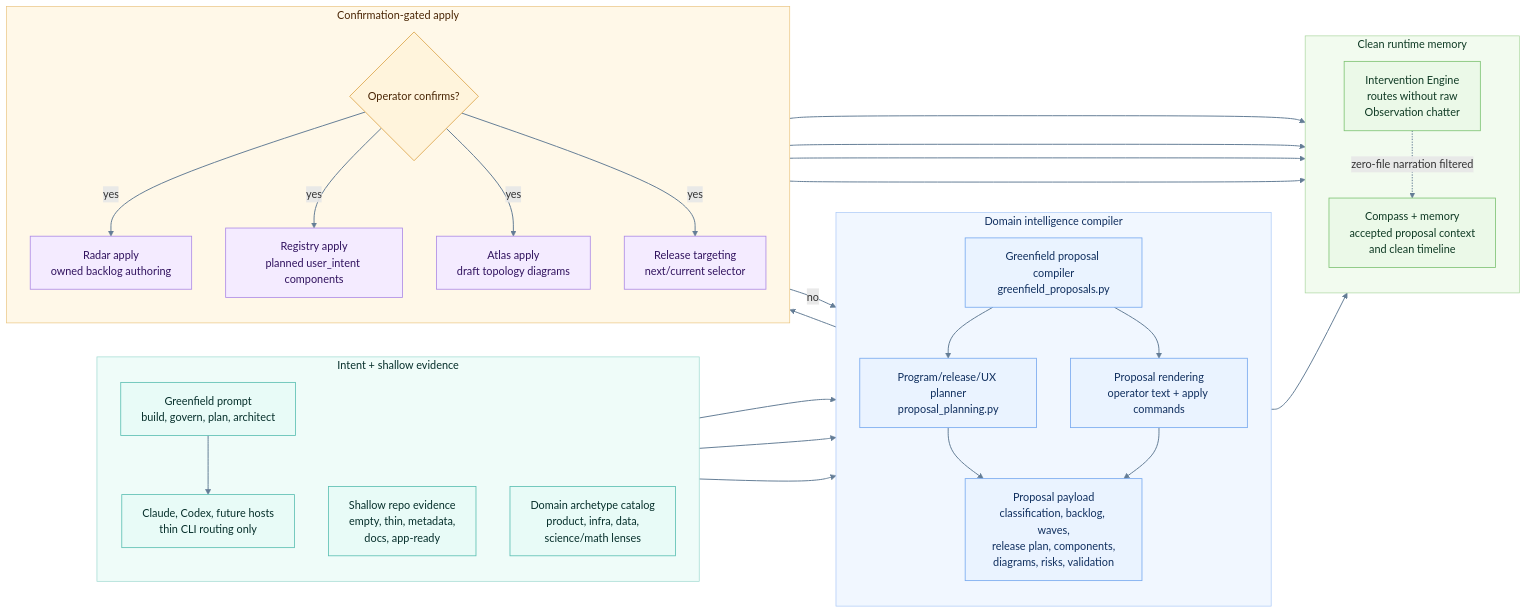
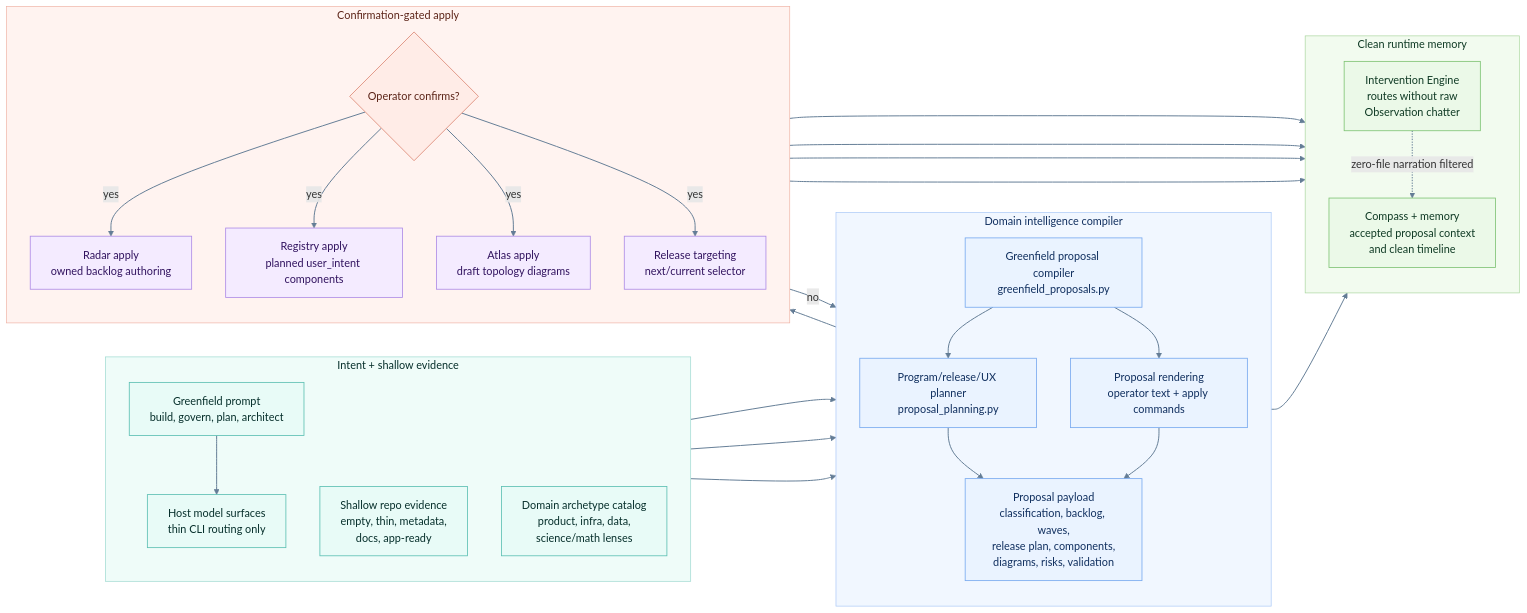
Before and after one commit to odylith/odylith: the diagram in odylith/atlas/source/domain-intelligence-greenfield-governance.mmd, drawn with Mermaid. The commit also changed 120 other files, not shown here.

```diff
--- a/odylith/atlas/source/domain-intelligence-greenfield-governance.mmd
+++ b/odylith/atlas/source/domain-intelligence-greenfield-governance.mmd
@@ -1,67 +1,67 @@
 flowchart LR
     subgraph intent_lane["Intent + shallow evidence"]
       direction TB
       prompt["Greenfield prompt<br/>build, govern, plan, architect"]
-      host["Claude, Codex, future hosts<br/>thin CLI routing only"]
+      host["Host model surfaces<br/>thin CLI routing only"]
       source["Shallow repo evidence<br/>empty, thin, metadata,<br/>docs, app-ready"]
       catalog["Domain archetype catalog<br/>product, infra, data,<br/>science/math lenses"]
     end
 
     subgraph reasoning_lane["Domain intelligence compiler"]
       direction TB
       compiler["Greenfield proposal compiler<br/>greenfield_proposals.py"]
       planning["Program/release/UX planner<br/>proposal_planning.py"]
       rendering["Proposal rendering<br/>operator text + apply commands"]
       proposal["Proposal payload<br/>classification, backlog, waves,<br/>release plan, components,<br/>diagrams, risks, validation"]
     end
 
     subgraph confirmation_lane["Confirmation-gated apply"]
       direction TB
       confirm{"Operator confirms?"}
       radar["Radar apply<br/>owned backlog authoring"]
       registry["Registry apply<br/>planned user_intent components"]
       atlas["Atlas apply<br/>draft topology diagrams"]
       release["Release targeting<br/>next/current selector"]
     end
 
     subgraph memory_lane["Clean runtime memory"]
       direction TB
       intervention["Intervention Engine<br/>routes without raw<br/>Observation chatter"]
       compass["Compass + memory<br/>accepted proposal context<br/>and clean timeline"]
     end
 
     prompt --> host
     host --> compiler
     source --> compiler
     catalog --> compiler
     compiler --> planning --> proposal
     compiler --> rendering --> proposal
     proposal --> intervention
     proposal --> confirm
     confirm -- "no" --> proposal
     confirm -- "yes" --> radar
     confirm -- "yes" --> registry
     confirm -- "yes" --> atlas
     confirm -- "yes" --> release
     radar --> compass
     registry --> compass
     atlas --> compass
     release --> compass
     intervention -. "zero-file narration filtered" .-> compass
 
     classDef input fill:#e8fbf7,stroke:#5bbfb2,color:#062f2b,stroke-width:1.2px;
     classDef intelligence fill:#eaf3ff,stroke:#77a9ef,color:#102f5f,stroke-width:1.2px;
-    classDef decision fill:#fff4dc,stroke:#dfaa54,color:#4a2605,stroke-width:1.3px;
+    classDef decision fill:#ffece7,stroke:#df8f7d,color:#5c2418,stroke-width:1.3px;
     classDef apply fill:#f4ebff,stroke:#ad8ae6,color:#31135f,stroke-width:1.2px;
     classDef memory fill:#ebf9e8,stroke:#7ec373,color:#0f3a24,stroke-width:1.2px;
     class prompt,host,source,catalog input;
     class compiler,planning,rendering,proposal intelligence;
     class confirm decision;
     class radar,registry,atlas,release apply;
     class intervention,compass memory;
 
     style intent_lane fill:#effcf9,stroke:#9bd8cf,stroke-width:1px,color:#062f2b
     style reasoning_lane fill:#f1f7ff,stroke:#a8c7f7,stroke-width:1px,color:#102f5f
-    style confirmation_lane fill:#fff8e8,stroke:#eac47f,stroke-width:1px,color:#4a2605
+    style confirmation_lane fill:#fff3f0,stroke:#efb3a4,stroke-width:1px,color:#5c2418
     style memory_lane fill:#f2fbef,stroke:#a9d69e,stroke-width:1px,color:#0f3a24
     linkStyle default stroke:#647d96,stroke-width:1.45px
```
